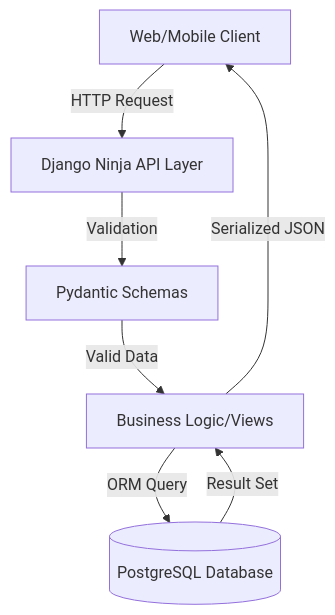
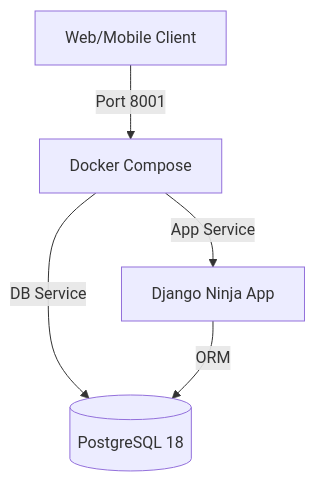
The diagram in Technical_Report.md (kamrulh4/study), drawn with Mermaid before and after one commit. The commit also changed other lines of this file and 4 other files, not shown here.

Commit message:
feat: Implement Docker Compose for multi-container orchestration and upgrade Python to 3.13.

````diff
--- a/Technical_Report.md
+++ b/Technical_Report.md
@@ -34,9 +36,7 @@
 ```mermaid
 graph TD
-    Client[Web/Mobile Client] -->|HTTP Request| API[Django Ninja API Layer]
-    API -->|Validation| Pydantic[Pydantic Schemas]
-    Pydantic -->|Valid Data| Logic[Business Logic/Views]
-    Logic -->|ORM Query| DB[(PostgreSQL Database)]
-    DB -->|Result Set| Logic
-    Logic -->|Serialized JSON| Client
+    Client[Web/Mobile Client] -->|Port 8001| Compose[Docker Compose]
+    Compose -->|App Service| Web[Django Ninja App]
+    Compose -->|DB Service| DB[(PostgreSQL 18)]
+    Web -->|ORM| DB
 ```
````
